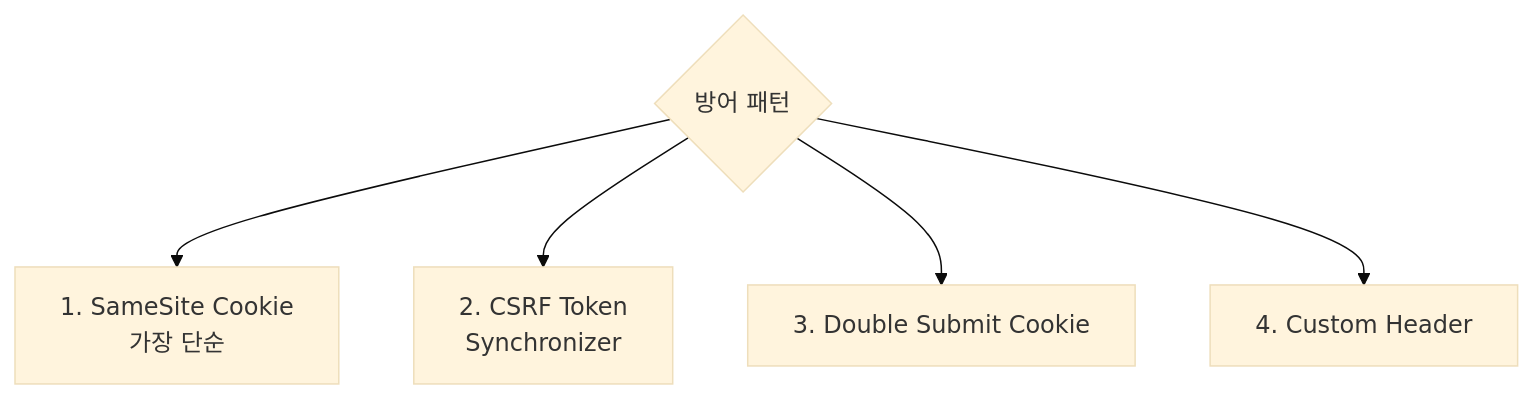
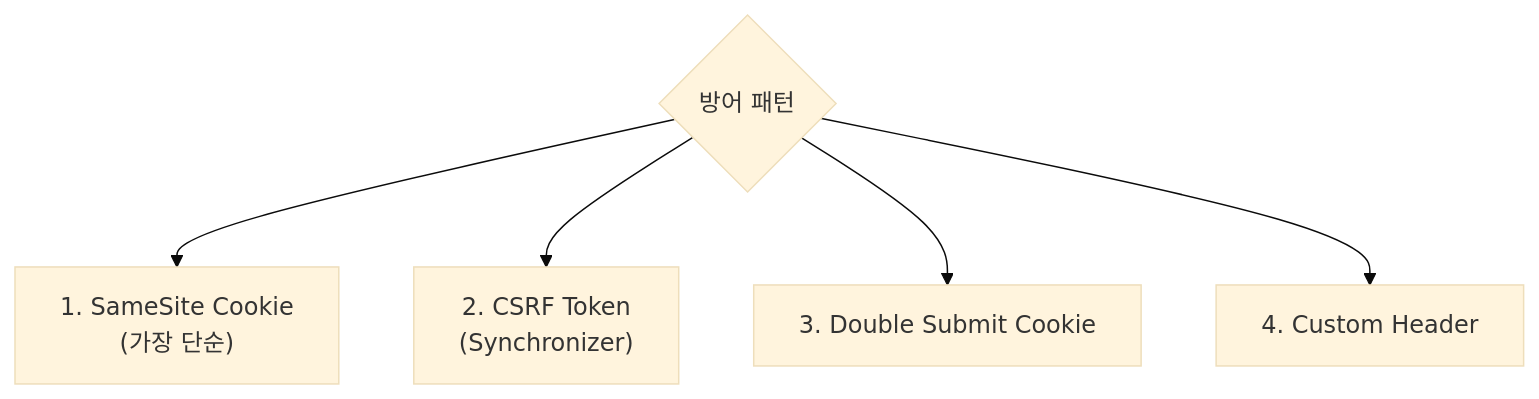
The second of 5 diagrams in src/content/wiki/auth-security/csrf.mdx (shinkeonkim/shinkeonkim.github.io), drawn with Mermaid (base theme) before and after one commit. The commit also changed other lines of this file and 526 other files, not shown here.

First line of the commit message:
content(wiki): 전수조사 및 대규모 보강 (짧은 파일 0, mermaid +645)

````diff
--- a/src/content/wiki/auth-security/csrf.mdx
+++ b/src/content/wiki/auth-security/csrf.mdx
@@ -39,8 +49,8 @@
 ```mermaid
 flowchart TD
     Q{방어 패턴}
-    Q --> A[1. SameSite Cookie<br/>가장 단순]
-    Q --> B[2. CSRF Token<br/>Synchronizer]
-    Q --> C[3. Double Submit Cookie]
-    Q --> D[4. Custom Header]
+    Q --> A["1. SameSite Cookie<br/>(가장 단순)"]
+    Q --> B["2. CSRF Token<br/>(Synchronizer)"]
+    Q --> C["3. Double Submit Cookie"]
+    Q --> D["4. Custom Header"]
 ```
````
